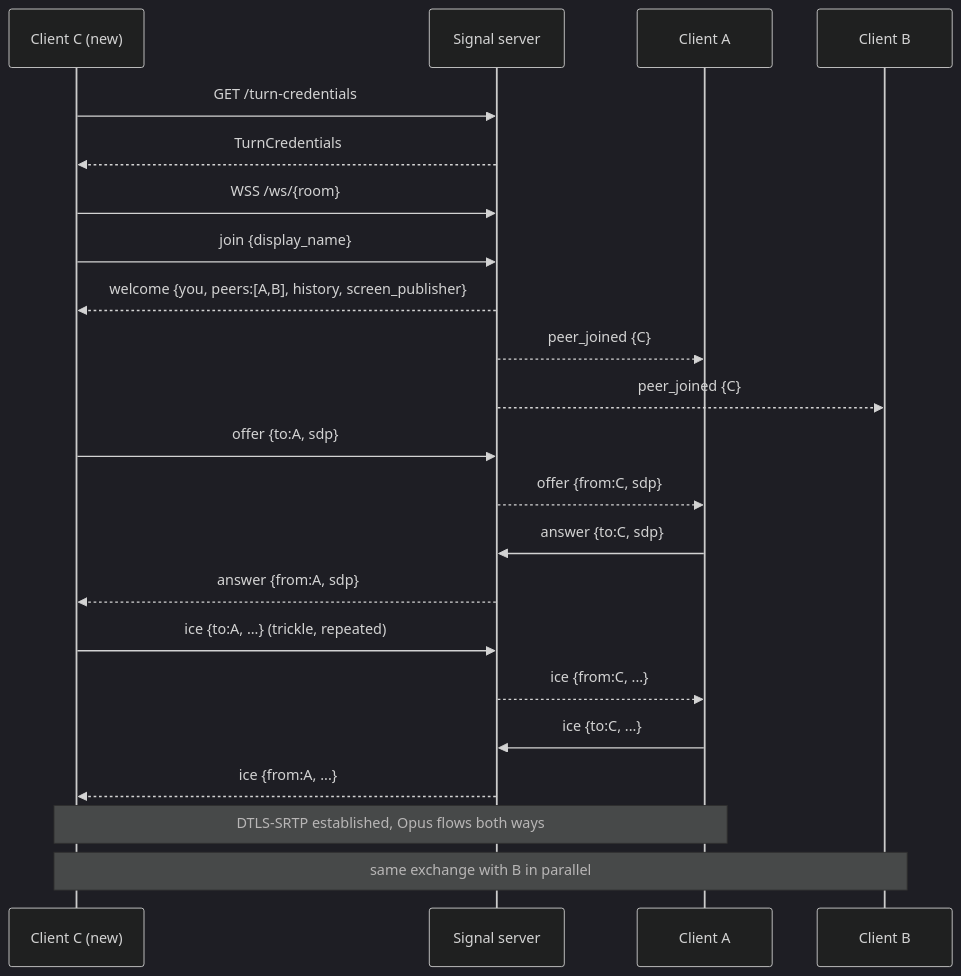
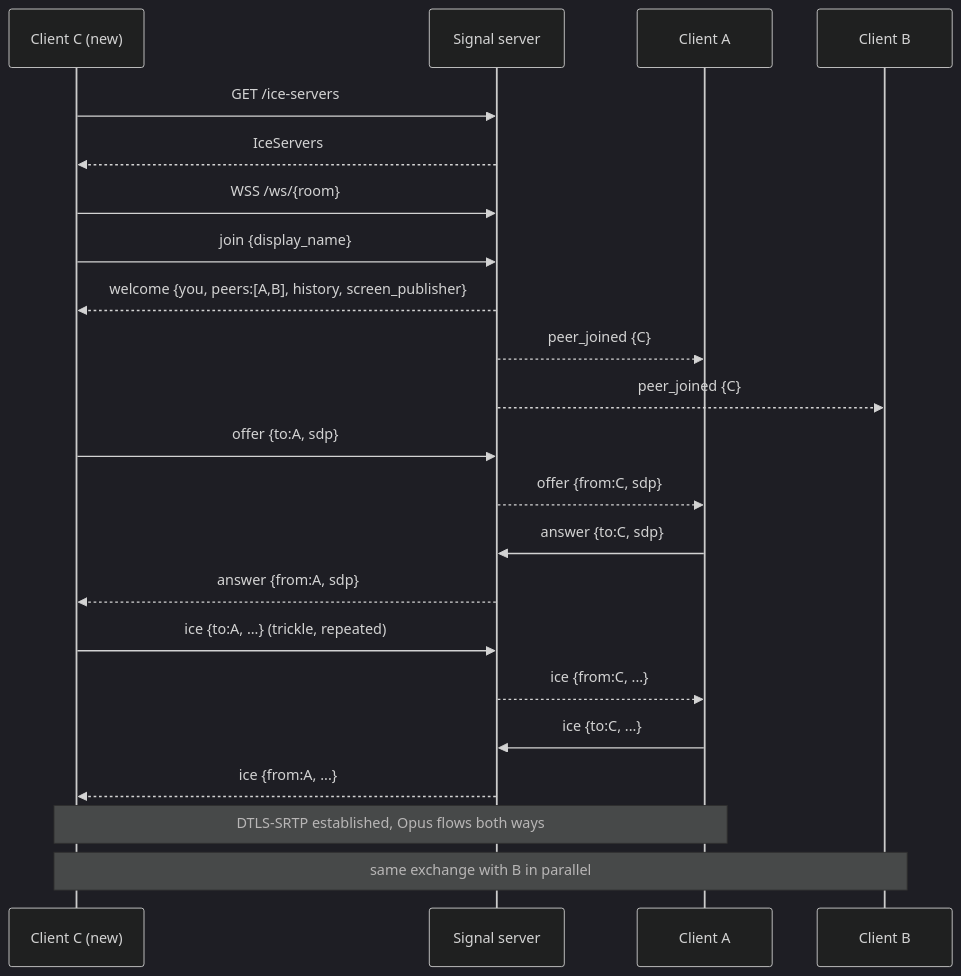
One commit to jakub-sobus/Chattercrab changed the fifth of 6 diagrams in docs/ARCHITECTURE.md. Above: the diagram before and after it, drawn with Mermaid (dark theme). The commit also changed other lines of this file and 24 other files, not shown here.

First line of the commit message:
signaling: replace TURN credentials with one STUN URL

````diff
--- a/docs/ARCHITECTURE.md
+++ b/docs/ARCHITECTURE.md
@@ -198,25 +196,25 @@
 ```mermaid
 sequenceDiagram
     participant C as Client C (new)
     participant S as Signal server
     participant A as Client A
     participant B as Client B
 
-    C->>S: GET /turn-credentials
-    S-->>C: TurnCredentials
+    C->>S: GET /ice-servers
+    S-->>C: IceServers
     C->>S: WSS /ws/{room}
     C->>S: join {display_name}
     S-->>C: welcome {you, peers:[A,B], history, screen_publisher}
     S-->>A: peer_joined {C}
     S-->>B: peer_joined {C}
     C->>S: offer {to:A, sdp}
     S-->>A: offer {from:C, sdp}
     A->>S: answer {to:C, sdp}
     S-->>C: answer {from:A, sdp}
     C->>S: ice {to:A, ...} (trickle, repeated)
     S-->>A: ice {from:C, ...}
     A->>S: ice {to:C, ...}
     S-->>C: ice {from:A, ...}
     Note over C,A: DTLS-SRTP established, Opus flows both ways
     Note over C,B: same exchange with B in parallel
 ```
````
